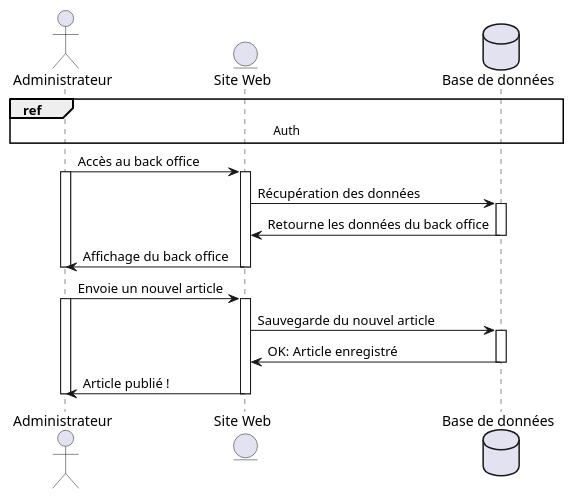
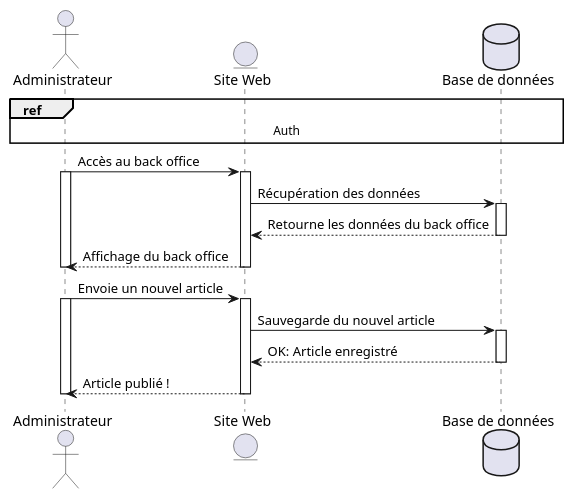
One commit to leomoille/leomoilledotcom changed the diagram in uml_diagrams/sequence_diagrams/add_post.puml. Above: the diagram before and after it, drawn with PlantUML. The commit also changed 4 other files, not shown here.

Commit message:
Update UML diagrams

```diff
--- a/uml_diagrams/sequence_diagrams/add_post.puml
+++ b/uml_diagrams/sequence_diagrams/add_post.puml
@@ -1,32 +1,32 @@
 @startuml
 'https://plantuml.com/sequence-diagram
 
 actor Administrateur as a
 entity "Site Web" as www
 database "Base de données" as db
 
 ref over a, www, db : Auth
 
 a -> www: Accès au back office
     activate a
     activate www
 www -> db: Récupération des données
     activate db
-www <- db: Retourne les données du back office
+www <-- db: Retourne les données du back office
     deactivate db
-a <- www: Affichage du back office
+a <-- www: Affichage du back office
     deactivate a
     deactivate www
 a -> www: Envoie un nouvel article
     activate a
     activate www
 www -> db: Sauvegarde du nouvel article
     activate db
-www <- db: OK: Article enregistré
+www <-- db: OK: Article enregistré
     deactivate db
-a <- www: Article publié !
+a <-- www: Article publié !
     deactivate www
     deactivate a
 
 
 @enduml
```
